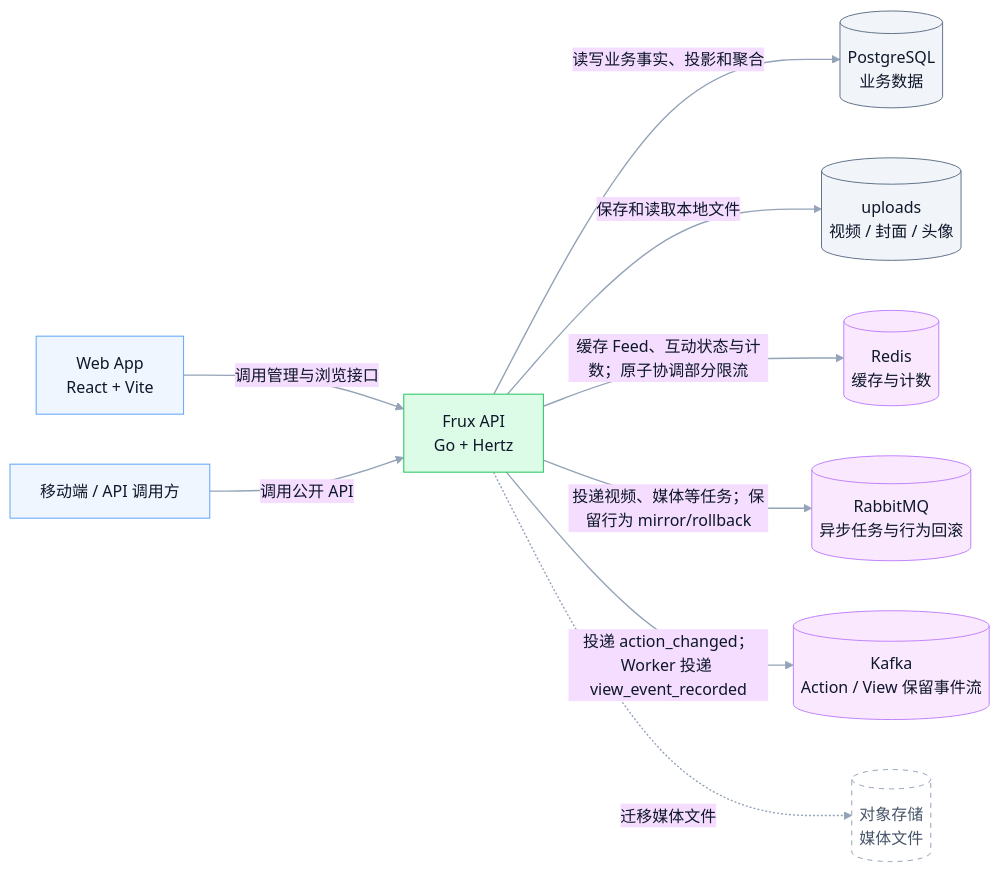
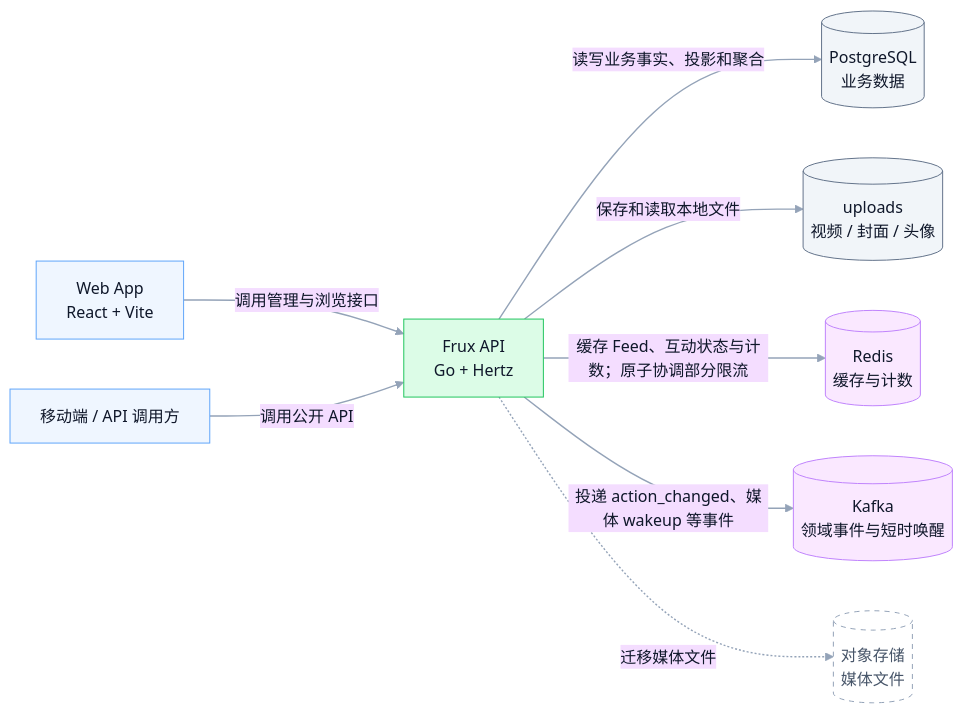
The first of 11 diagrams in docs/architecture.md (shiyudesu/frux), drawn with Mermaid before and after one commit. The commit also changed other lines of this file and 103 other files, not shown here.

````diff
--- a/docs/architecture.md
+++ b/docs/architecture.md
@@ -9,47 +9,45 @@
 ```mermaid
 ---
 config:
   theme: base
   layout: dagre
   themeVariables:
     background: transparent
     fontFamily: Inter, PingFang SC, Microsoft YaHei, Arial
     primaryTextColor: "#0F172A"
     lineColor: "#94A3B8"
     clusterBkg: "#F8FAFC"
     clusterBorder: "#CBD5E1"
 ---
 flowchart LR
   %% Frux MVP system context
   classDef client fill:#EFF6FF,stroke:#60A5FA,color:#0F172A,stroke-width:1px;
   classDef system fill:#DCFCE7,stroke:#22C55E,color:#0F172A,stroke-width:1px;
   classDef store fill:#F1F5F9,stroke:#64748B,color:#0F172A,stroke-width:1px;
   classDef service fill:#FAE8FF,stroke:#C084FC,color:#0F172A,stroke-width:1px;
   classDef future fill:#FFFFFF,stroke:#94A3B8,color:#475569,stroke-width:1px,stroke-dasharray:5 5;
 
   Web["Web App<br/>React + Vite"]
   Client["移动端 / API 调用方"]
   API["Frux API<br/>Go + Hertz"]
   PostgreSQL[("PostgreSQL<br/>业务数据")]
   Uploads[("uploads<br/>视频 / 封面 / 头像")]
   Redis[("Redis<br/>缓存与计数")]
-  RabbitMQ[("RabbitMQ<br/>异步任务与行为回滚")]
-  Kafka[("Kafka<br/>Action / View 保留事件流")]
+  Kafka[("Kafka<br/>领域事件与短时唤醒")]
   ObjectStorage[("对象存储<br/>媒体文件")]
 
   Web -->|"调用管理与浏览接口"| API
   Client -->|"调用公开 API"| API
   API -->|"读写业务事实、投影和聚合"| PostgreSQL
   API -->|"保存和读取本地文件"| Uploads
   API -->|"缓存 Feed、互动状态与计数；原子协调部分限流"| Redis
-  API -->|"投递视频、媒体等任务；保留行为 mirror/rollback"| RabbitMQ
-  API -->|"投递 action_changed；Worker 投递 view_event_recorded"| Kafka
+  API -->|"投递 action_changed、媒体 wakeup 等事件"| Kafka
   API -.->|"迁移媒体文件"| ObjectStorage
 
   class Web,Client client;
   class API system;
   class PostgreSQL,Uploads store;
-  class Redis,RabbitMQ,Kafka service;
+  class Redis,Kafka service;
   class ObjectStorage future;
   linkStyle default stroke:#94A3B8,stroke-width:1.4px
 ```
````
